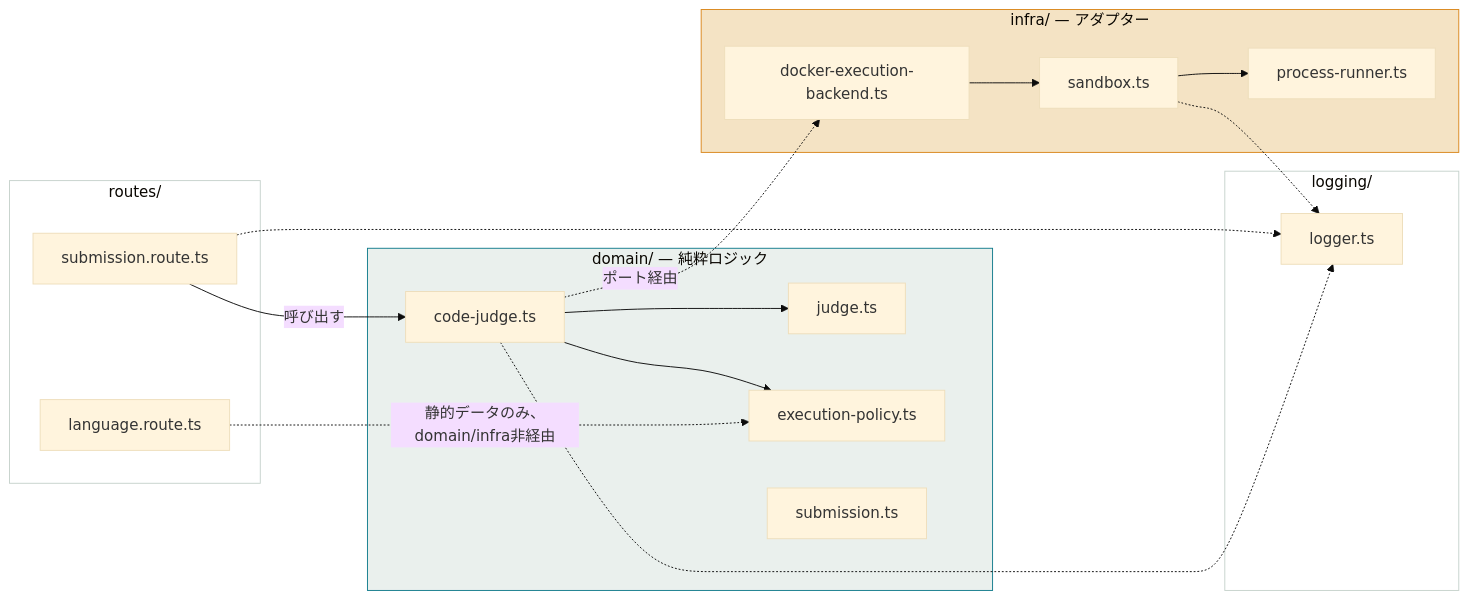
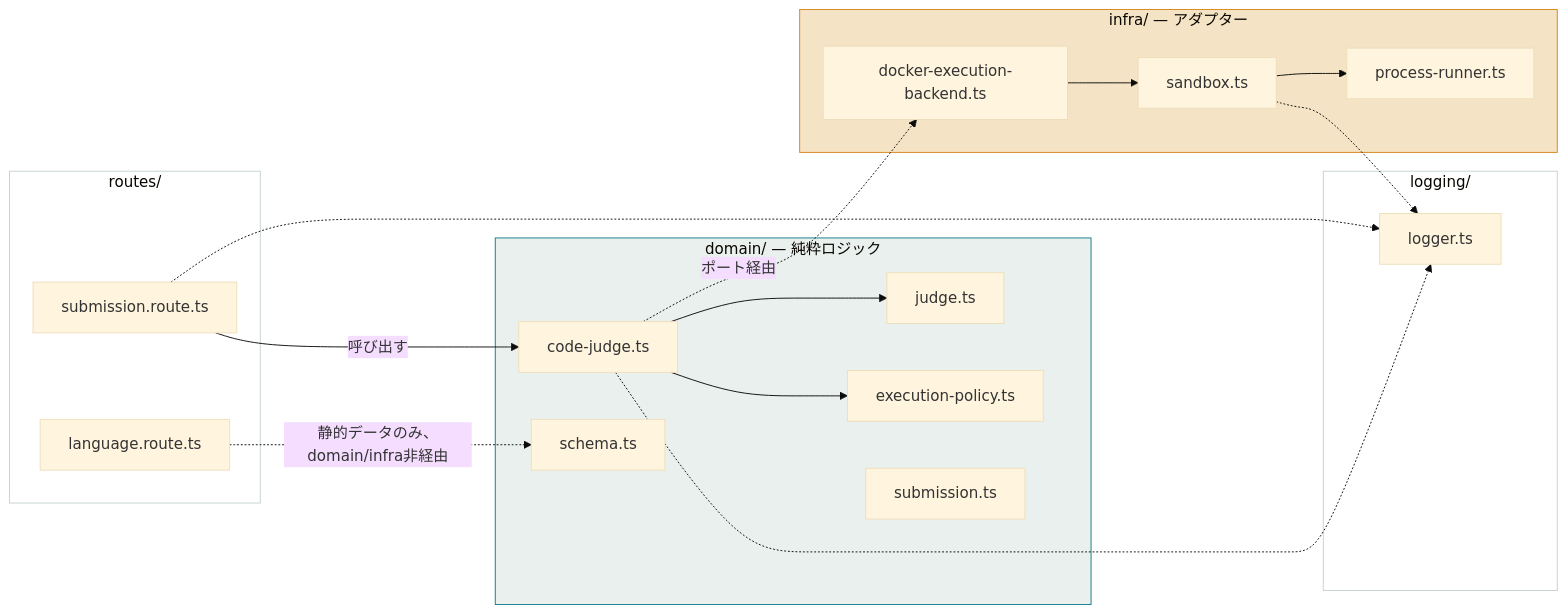
The first of 4 diagrams in src/README.md (shouk12345/Web-Code-Runner), drawn with Mermaid (base theme) before and after one commit. The commit also changed other lines of this file and 3 other files, not shown here.

````diff
--- a/src/README.md
+++ b/src/README.md
@@ -11,37 +11,38 @@
 ```mermaid
 flowchart LR
     subgraph routes["routes/"]
         R[submission.route.ts]
         LR[language.route.ts]
     end
     subgraph domain["domain/ — 純粋ロジック"]
         CJ[code-judge.ts]
         J[judge.ts]
         EP[execution-policy.ts]
+        SC[schema.ts]
         S[submission.ts]
     end
     subgraph infra["infra/ — アダプター"]
         DEB[docker-execution-backend.ts]
         SB[sandbox.ts]
         PR[process-runner.ts]
     end
     subgraph logging["logging/"]
         L[logger.ts]
     end
  
     R -->|呼び出す| CJ
     CJ --> J
     CJ --> EP
     CJ -.->|ポート経由| DEB
     DEB --> SB
     SB --> PR
     R -.-> L
     CJ -.-> L
     SB -.-> L
-    LR -.->|静的データのみ、domain/infra非経由| EP
+    LR -.->|静的データのみ、domain/infra非経由| SC
  
     style domain fill:#EAF0ED,stroke:#127C8C
     style infra fill:#F4E3C4,stroke:#D9871B
     style routes fill:#fff,stroke:#C6D2CC
     style logging fill:#fff,stroke:#C6D2CC
 ```
````
